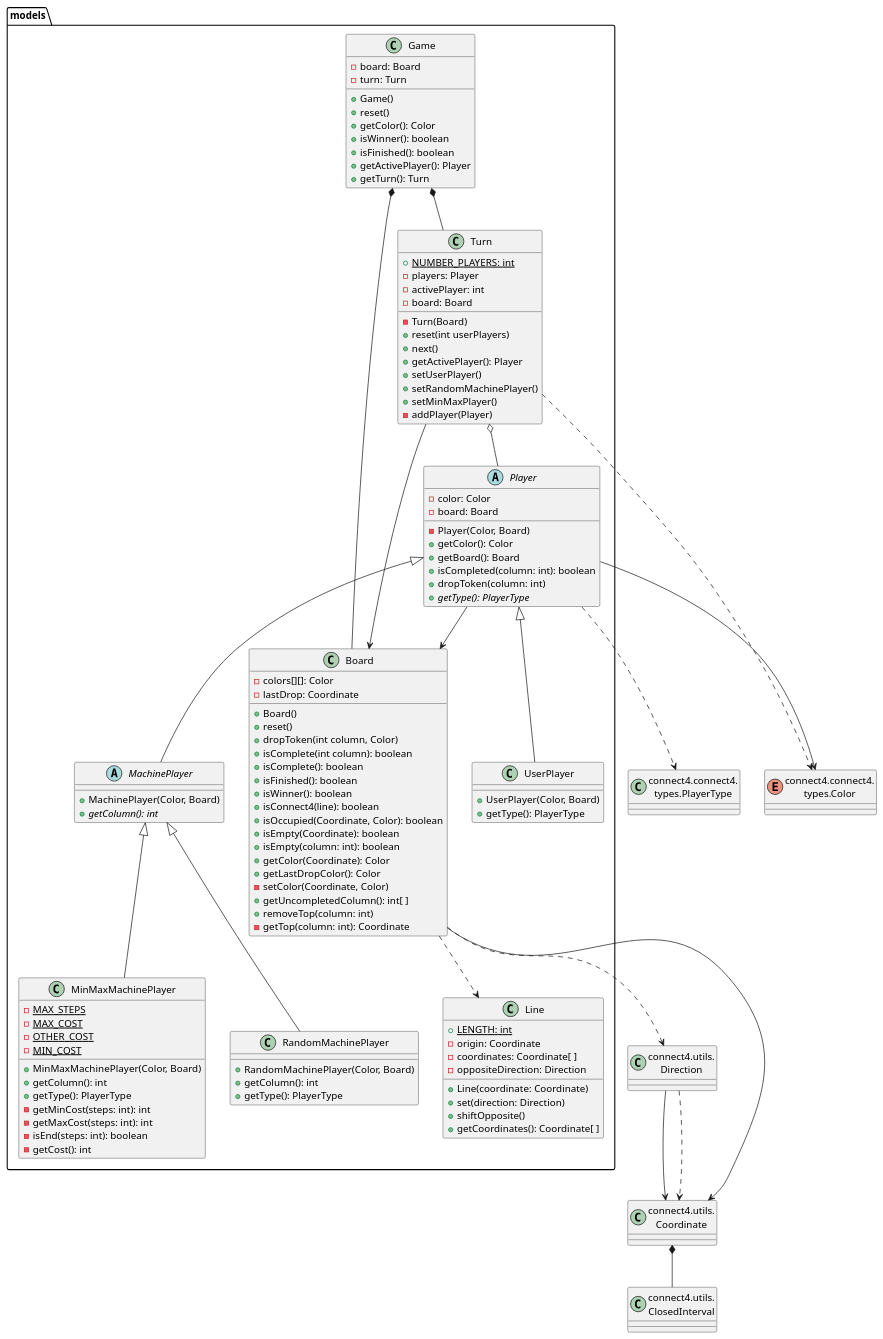
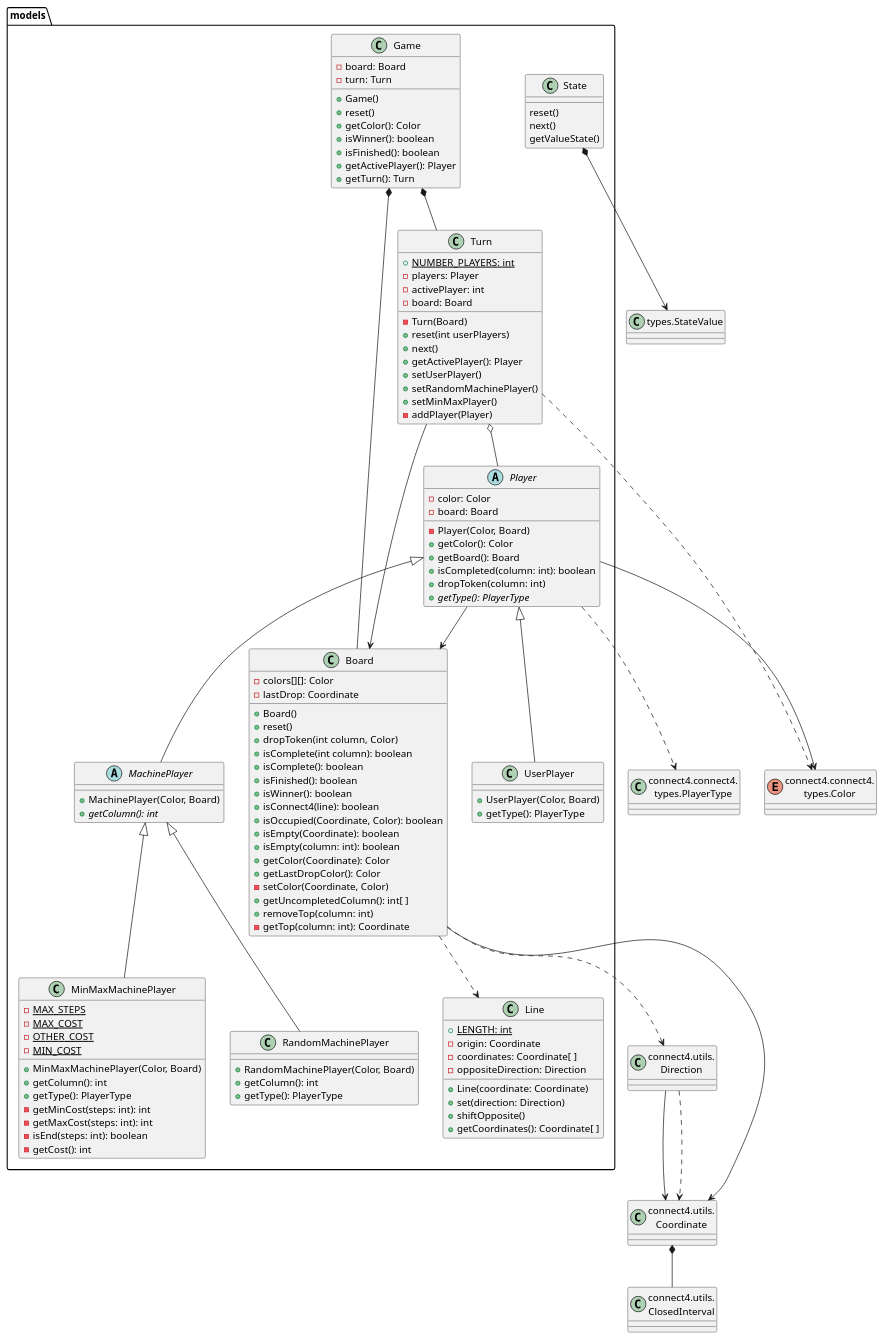
The diagram in connect4/Docs/diagrams/src/packages/connect4.connect4.models.plantuml (js-rom/connect4), drawn with PlantUML before and after one commit. The commit also changed 5 other files, not shown here.

```diff
--- a/connect4/Docs/diagrams/src/packages/connect4.connect4.models.plantuml
+++ b/connect4/Docs/diagrams/src/packages/connect4.connect4.models.plantuml
@@ -1,124 +1,131 @@
 @startuml connect4.connect4.models
 
 class models.Game
 class models.Board
 class models.Turn
 class models.Line
 abstract class models.Player
 class models.UserPlayer
 abstract class models.MachinePlayer
 class models.RandomMachinePlayer
 class models.MinMaxMachinePlayer
+class models.State
+class StateValue as "types.StateValue"
 
 Game *-- Board
 Game *-- Turn
 Turn --> Board
 Turn o-- Player
 Player --> Board
 Player <|-- UserPlayer
 Player <|-- MachinePlayer
 MachinePlayer <|-- RandomMachinePlayer
 MachinePlayer <|-- MinMaxMachinePlayer
 Board ..> Line
+State *--> StateValue
 
 enum Color as "connect4.connect4.\ntypes.Color"
 class Direction as "connect4.utils.\nDirection"
 class Coordinate as "connect4.utils.\nCoordinate"
 class Coordinate as "connect4.utils.\nCoordinate"
 class ClosedInterval as "connect4.utils.\nClosedInterval"
 class PlayerType as "connect4.connect4.\ntypes.PlayerType"
 
 Player ..> PlayerType
 Turn ..> Color
 Player --> Color
 Board --> Coordinate
 Board ..> Direction
 Direction --> Coordinate
 Direction ..> Coordinate
 Coordinate *-- ClosedInterval
 
 Game : -board: Board
 Game : -turn: Turn
 Game : +Game()
 Game : +reset()
 Game : +getColor(): Color
 Game : +isWinner(): boolean
 Game : +isFinished(): boolean
 Game : +getActivePlayer(): Player
 Game : +getTurn(): Turn
 
 Turn : {static} +NUMBER_PLAYERS: int
 Turn : -players: Player
 Turn : -activePlayer: int
 Turn : -board: Board
 Turn : -Turn(Board)
 Turn : +reset(int userPlayers)
 Turn : +next()
 Turn : +getActivePlayer(): Player
 Turn : +setUserPlayer()
 Turn : +setRandomMachinePlayer()
 Turn : +setMinMaxPlayer()
 Turn : -addPlayer(Player)
 
 Player : -color: Color
 Player : -board: Board
 Player : -Player(Color, Board)
 Player : +getColor(): Color
 Player : +getBoard(): Board
 Player : +isCompleted(column: int): boolean
 Player : +dropToken(column: int)
 Player : +{abstract}getType(): PlayerType
 
 UserPlayer : +UserPlayer(Color, Board)
 UserPlayer : +getType(): PlayerType
 
 MachinePlayer : +MachinePlayer(Color, Board)
 MachinePlayer : +{abstract}getColumn(): int
 
 RandomMachinePlayer : +RandomMachinePlayer(Color, Board)
 RandomMachinePlayer : +getColumn(): int
 RandomMachinePlayer : +getType(): PlayerType
 
 MinMaxMachinePlayer : {static} -MAX_STEPS
 MinMaxMachinePlayer : {static} -MAX_COST
 MinMaxMachinePlayer : {static} -OTHER_COST
 MinMaxMachinePlayer : {static} -MIN_COST
 MinMaxMachinePlayer : +MinMaxMachinePlayer(Color, Board)
 MinMaxMachinePlayer : +getColumn(): int
 MinMaxMachinePlayer : +getType(): PlayerType
 MinMaxMachinePlayer : -getMinCost(steps: int): int
 MinMaxMachinePlayer : -getMaxCost(steps: int): int
 MinMaxMachinePlayer : -isEnd(steps: int): boolean
 MinMaxMachinePlayer : -getCost(): int
 
 Board : -colors[][]: Color
 Board : -lastDrop: Coordinate
 Board : +Board()
 Board : +reset()
 Board : +dropToken(int column, Color)
 Board : +isComplete(int column): boolean
 Board : +isComplete(): boolean
 Board : +isFinished(): boolean
 Board : +isWinner(): boolean
 Board : +isConnect4(line): boolean
 Board : +isOccupied(Coordinate, Color): boolean
 Board : +isEmpty(Coordinate): boolean
 Board : +isEmpty(column: int): boolean
 Board : +getColor(Coordinate): Color
 Board : +getLastDropColor(): Color
 Board : -setColor(Coordinate, Color)
 Board : +getUncompletedColumn(): int[ ]
 Board : +removeTop(column: int)
 Board : -getTop(column: int): Coordinate
 
 
 Line : {static} +LENGTH: int
 Line : -origin: Coordinate
 Line : -coordinates: Coordinate[ ]
 Line : -oppositeDirection: Direction
 Line : +Line(coordinate: Coordinate)
 Line : +set(direction: Direction)
 Line : +shiftOpposite()
 Line : +getCoordinates(): Coordinate[ ]
 
+State : reset()
+State : next()
+State : getValueState()
+
 @enduml
```
